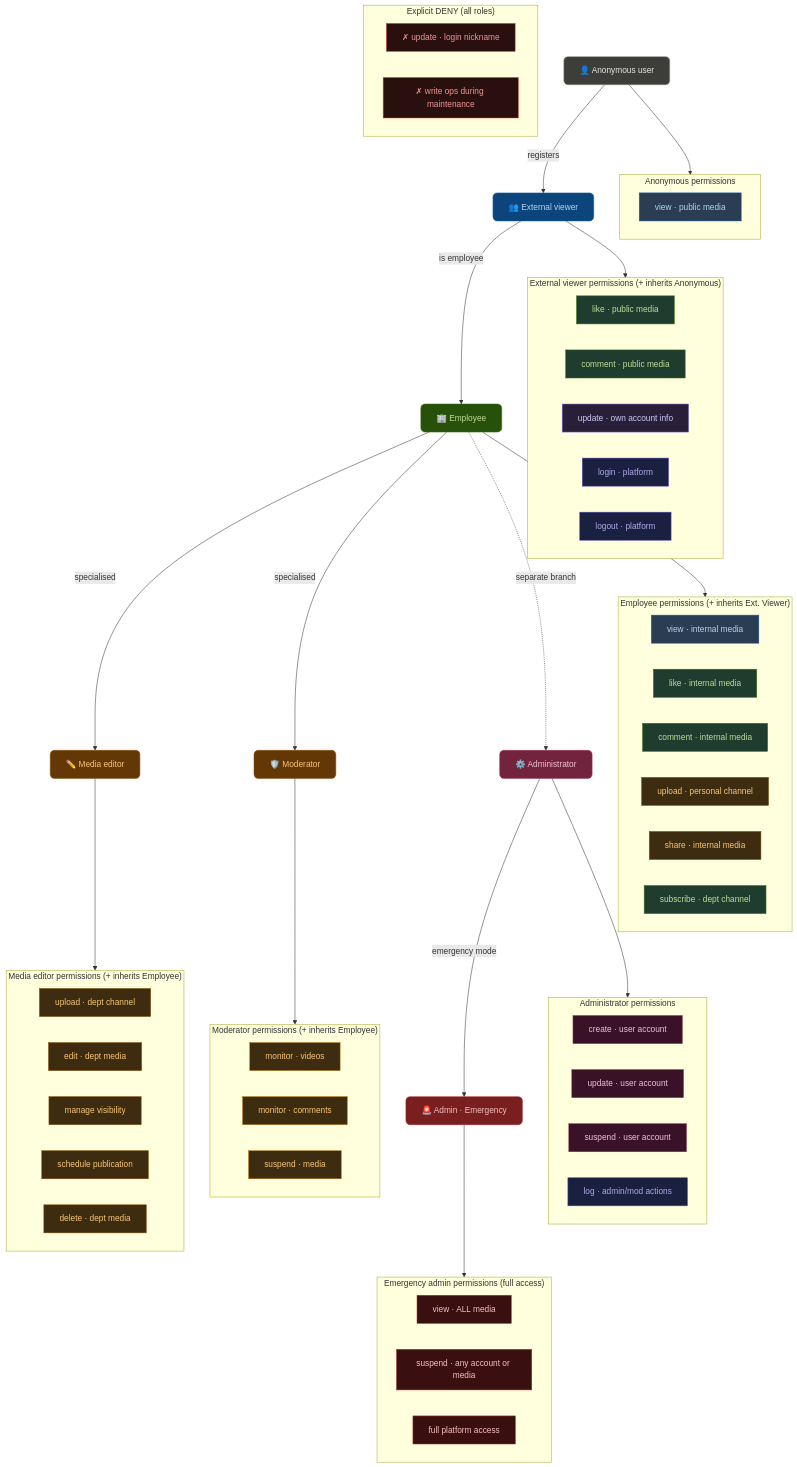
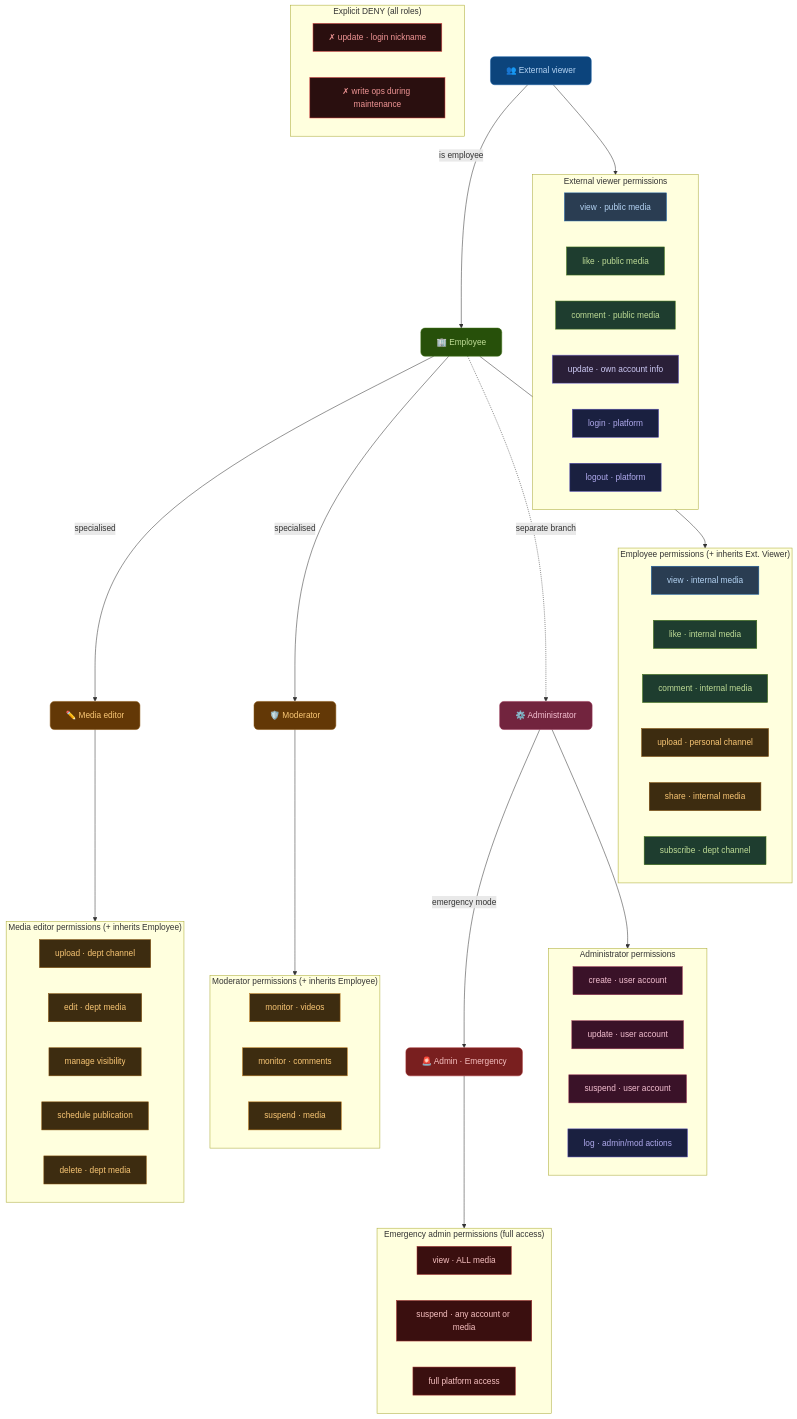
Before and after one commit to leadwithims/rbac-uni: the diagram in rbac-diagram.mmd, drawn with Mermaid. The commit also changed 1 other file, not shown here.

```diff
--- a/rbac-diagram.mmd
+++ b/rbac-diagram.mmd
@@ -1,112 +1,103 @@
 graph TD
 
   %% ── ROLE HIERARCHY ──────────────────────────────────────
-  ANON["👤 Anonymous user"]:::roleAnon
   EXT["👥 External viewer"]:::roleExt
   EMP["🏢 Employee"]:::roleEmp
   EDITOR["✏️  Media editor"]:::roleSpec
   MOD["🛡️  Moderator"]:::roleSpec
   ADMIN["⚙️  Administrator"]:::roleAdmin
   EMERG["🚨 Admin · Emergency"]:::roleEmerg
 
   %% ── HIERARCHY LINKS ──────────────────────────────────────
-  ANON -->|"registers"| EXT
   EXT  -->|"is employee"| EMP
   EMP  -->|"specialised"| EDITOR
   EMP  -->|"specialised"| MOD
   EMP  -.->|"separate branch"| ADMIN
   ADMIN -->|"emergency mode"| EMERG
 
-  %% ── ANONYMOUS PERMISSIONS ────────────────────────────────
-  subgraph SG_ANON["Anonymous permissions"]
+  %% ── EXTERNAL VIEWER PERMISSIONS ──────────────────────────
+  subgraph SG_EXT["External viewer permissions"]
     direction LR
     P_VIEW_PUB["view · public media"]:::permView
-  end
-  ANON --> SG_ANON
-
-  %% ── EXTERNAL VIEWER PERMISSIONS ──────────────────────────
-  subgraph SG_EXT["External viewer permissions  (+ inherits Anonymous)"]
-    direction LR
     P_LIKE_PUB["like · public media"]:::permInteract
     P_CMT_PUB["comment · public media"]:::permInteract
     P_UPD_OWN["update · own account info"]:::permAccount
     P_LOGIN["login · platform"]:::permAuth
     P_LOGOUT["logout · platform"]:::permAuth
   end
   EXT --> SG_EXT
 
   %% ── EMPLOYEE PERMISSIONS ─────────────────────────────────
   subgraph SG_EMP["Employee permissions  (+ inherits Ext. Viewer)"]
     direction LR
     P_VIEW_INT["view · internal media"]:::permView
     P_LIKE_INT["like · internal media"]:::permInteract
     P_CMT_INT["comment · internal media"]:::permInteract
     P_UPLOAD_P["upload · personal channel"]:::permContent
     P_SHARE["share · internal media"]:::permContent
     P_SUB["subscribe · dept channel"]:::permInteract
   end
   EMP --> SG_EMP
 
   %% ── EDITOR PERMISSIONS ───────────────────────────────────
   subgraph SG_EDITOR["Media editor permissions  (+ inherits Employee)"]
     direction LR
     P_UPLOAD_D["upload · dept channel"]:::permContent
     P_EDIT["edit · dept media"]:::permContent
     P_VIS["manage visibility"]:::permContent
     P_SCHED["schedule publication"]:::permContent
     P_DELETE["delete · dept media"]:::permContent
   end
   EDITOR --> SG_EDITOR
 
   %% ── MODERATOR PERMISSIONS ────────────────────────────────
   subgraph SG_MOD["Moderator permissions  (+ inherits Employee)"]
     direction LR
     P_MON_V["monitor · videos"]:::permMod
     P_MON_C["monitor · comments"]:::permMod
     P_SUSP_M["suspend · media"]:::permMod
   end
   MOD --> SG_MOD
 
   %% ── ADMIN PERMISSIONS ────────────────────────────────────
   subgraph SG_ADMIN["Administrator permissions"]
     direction LR
     P_CREATE_A["create · user account"]:::permAdmin
     P_UPD_A["update · user account"]:::permAdmin
     P_SUSP_A["suspend · user account"]:::permAdmin
     P_LOG["log · admin/mod actions"]:::permAuth
   end
   ADMIN --> SG_ADMIN
 
   %% ── EMERGENCY PERMISSIONS ────────────────────────────────
   subgraph SG_EMERG["Emergency admin permissions  (full access)"]
     direction LR
     P_VIEW_ALL["view · ALL media"]:::permEmerg
     P_SUSP_ANY["suspend · any account or media"]:::permEmerg
     P_FULL["full platform access"]:::permEmerg
   end
   EMERG --> SG_EMERG
 
   %% ── CROSS-CUTTING DENIES ─────────────────────────────────
   subgraph SG_DENY["Explicit DENY  (all roles)"]
     direction LR
     D_NICK["✗ update · login nickname"]:::permDeny
     D_MAINT["✗ write ops during maintenance"]:::permDeny
   end
 
   %% ── STYLES ───────────────────────────────────────────────
-  classDef roleAnon  fill:#3d3d3a,stroke:#888780,color:#e8e8e2,rx:8
   classDef roleExt   fill:#0c447c,stroke:#185FA5,color:#B5D4F4,rx:8
   classDef roleEmp   fill:#27500a,stroke:#3B6D11,color:#C0DD97,rx:8
   classDef roleSpec  fill:#633806,stroke:#854F0B,color:#FAC775,rx:8
   classDef roleAdmin fill:#72243E,stroke:#993556,color:#F4C0D1,rx:8
   classDef roleEmerg fill:#791F1F,stroke:#A32D2D,color:#F7C1C1,rx:8
 
   classDef permView     fill:#2a3d52,stroke:#185FA5,color:#B5D4F4
   classDef permInteract fill:#1e3d2f,stroke:#3B6D11,color:#C0DD97
   classDef permContent  fill:#3d2c10,stroke:#854F0B,color:#FAC775
   classDef permMod      fill:#3d2c10,stroke:#BA7517,color:#FAC775
   classDef permAccount  fill:#2a1f38,stroke:#7F77DD,color:#CECBF6
   classDef permAdmin    fill:#3a1228,stroke:#993556,color:#F4C0D1
   classDef permAuth     fill:#1a2040,stroke:#534AB7,color:#AFA9EC
   classDef permEmerg    fill:#3a0f0f,stroke:#A32D2D,color:#F7C1C1
   classDef permDeny     fill:#2a0f0f,stroke:#E24B4A,color:#F09595
```
